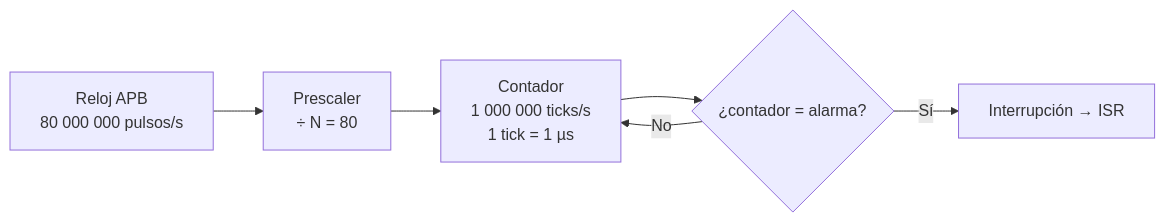
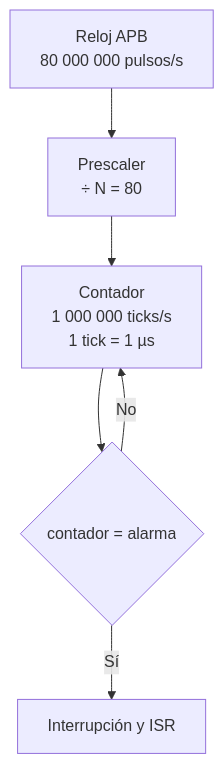
The third of 7 diagrams in unidad-1/apuntes/05-temporizadores.md (AlejandroTatum/sistemas-digitales-unl), drawn with Mermaid before and after one commit. The commit also changed other lines of this file and 16 other files, not shown here.

````diff
--- a/unidad-1/apuntes/05-temporizadores.md
+++ b/unidad-1/apuntes/05-temporizadores.md
@@ -65,8 +66,8 @@
 ```mermaid
-flowchart LR
+flowchart TD
     CLK["Reloj APB<br/>80 000 000 pulsos/s"] --> PS["Prescaler<br/>÷ N = 80"]
     PS --> CNT["Contador<br/>1 000 000 ticks/s<br/>1 tick = 1 µs"]
-    CNT --> CMP{"¿contador = alarma?"}
-    CMP -->|Sí| INT["Interrupción → ISR"]
+    CNT --> CMP{"contador = alarma"}
+    CMP -->|Sí| INT["Interrupción y ISR"]
     CMP -->|No| CNT
 ```
````
